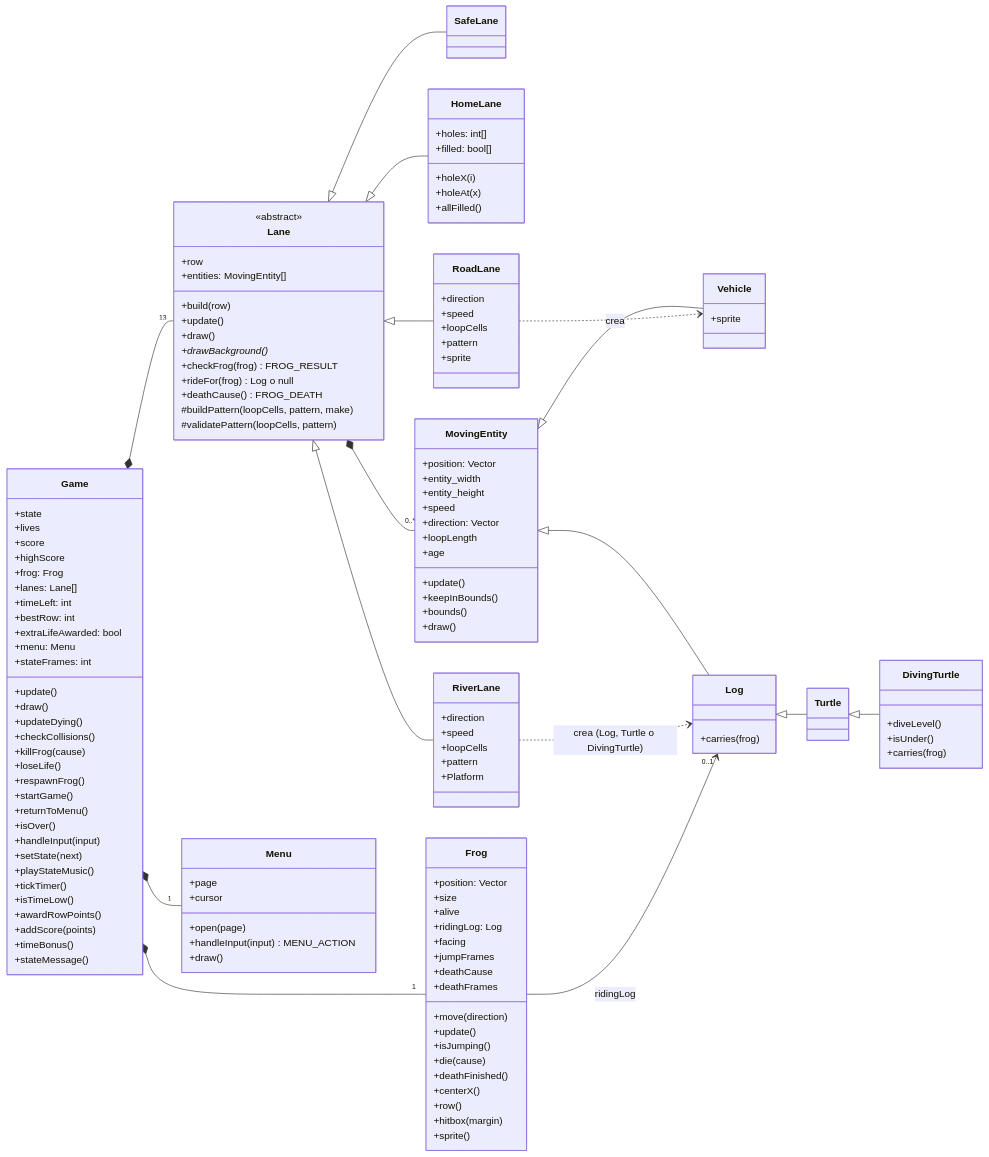
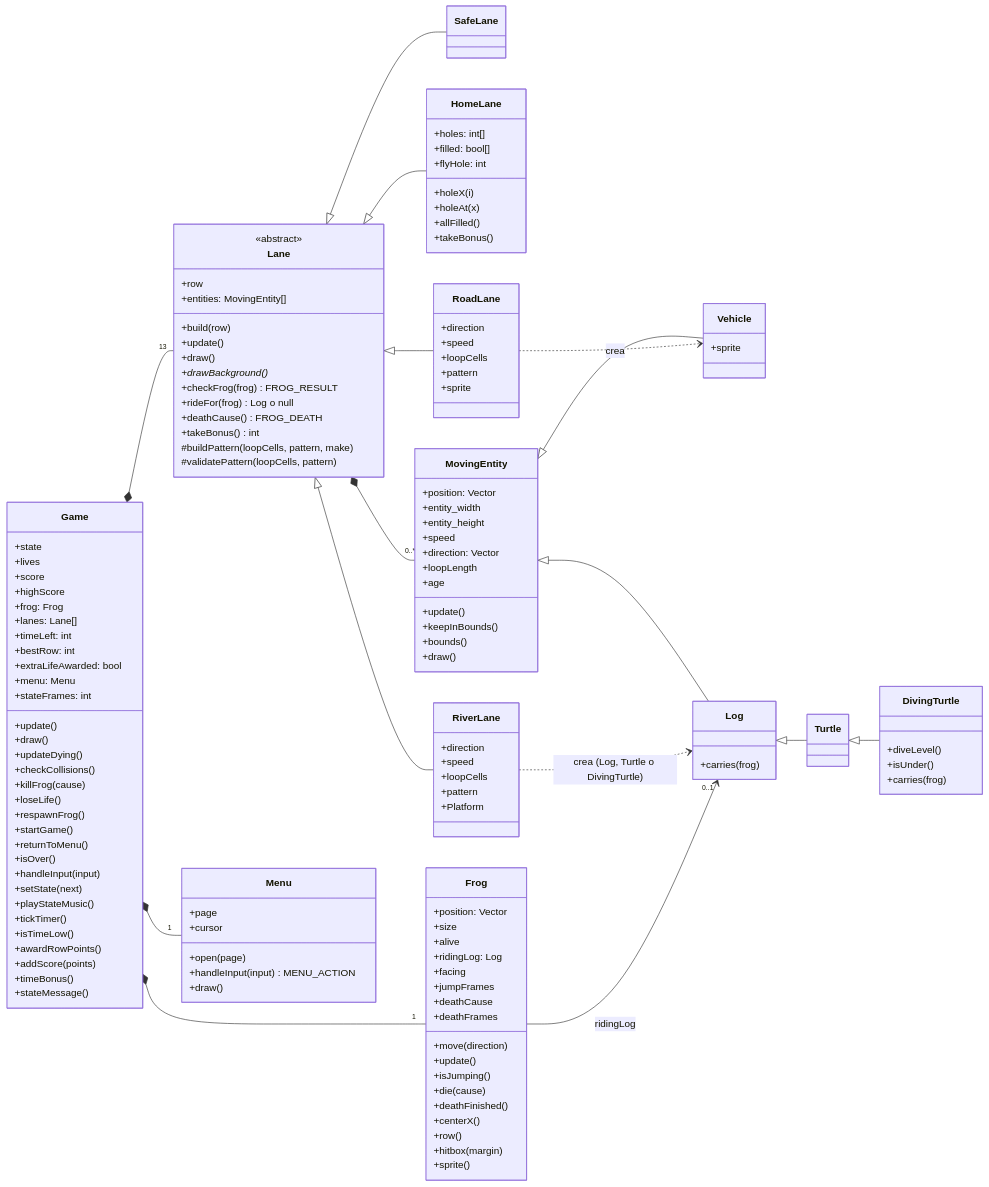
Before and after one commit to ShryhakAkizuki/Frogger-Visual_Computing_2026-II: the first of 3 diagrams in docs/ARQUITECTURA.md, drawn with Mermaid. The commit also changed other lines of this file and 9 other files, not shown here.

```diff
--- a/docs/ARQUITECTURA.md
+++ b/docs/ARQUITECTURA.md
@@ -185,6 +190,7 @@
         +checkFrog(frog) FROG_RESULT
         +rideFor(frog) Log o null
         +deathCause() FROG_DEATH
+        +takeBonus() int
         #buildPattern(loopCells, pattern, make)
         #validatePattern(loopCells, pattern)
     }
@@ -195,6 +201,8 @@
         +holeX(i)
         +holeAt(x)
         +allFilled()
+        +flyHole: int
+        +takeBonus()
     }
     class RoadLane {
         +direction
```
